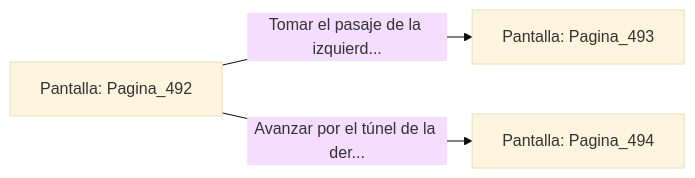
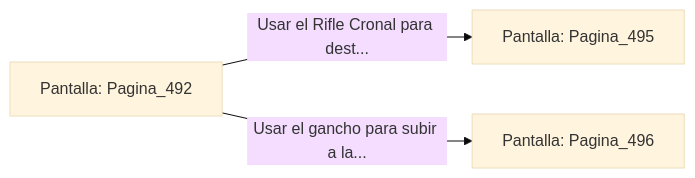
The diagram in sample/eligejuego-vault/Pantalla_Pagina_492.md (metsuke/mpl), drawn with Mermaid (base theme) before and after one commit. The commit also changed other lines of this file and 635 other files, not shown here.

First line of the commit message:
fix: añadir Pagina_1 como pantalla inicial en capitulo_01.mpl

````diff
--- a/sample/eligejuego-vault/Pantalla_Pagina_492.md
+++ b/sample/eligejuego-vault/Pantalla_Pagina_492.md
@@ -20,6 +22,6 @@
 ```mermaid
 graph LR
     P_Pagina_492["Pantalla: Pagina_492"]
-    P_Pagina_492 -->|"Tomar el pasaje de la izquierd..."| P_Pagina_493["Pantalla: Pagina_493"]
-    P_Pagina_492 -->|"Avanzar por el túnel de la der..."| P_Pagina_494["Pantalla: Pagina_494"]
+    P_Pagina_492 -->|"Usar el Rifle Cronal para dest..."| P_Pagina_495["Pantalla: Pagina_495"]
+    P_Pagina_492 -->|"Usar el gancho para subir a la..."| P_Pagina_496["Pantalla: Pagina_496"]
 ```
````
